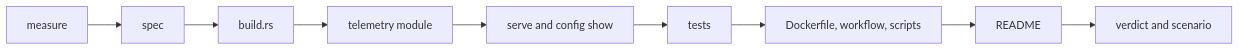
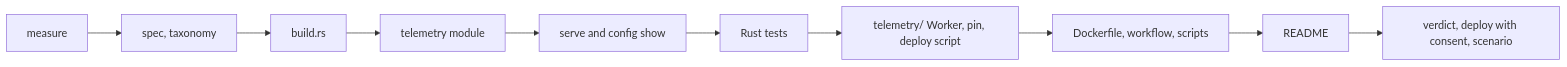
One commit to desek/agentloupe changed the fifth of 5 diagrams in docs/cr/CR-0026-start-telemetry.md. Above: the diagram before and after it, drawn with Mermaid. The commit also changed other lines of this file and 1 other file, not shown here.

Commit message:
docs(cr): add CR-0025 supply chain assurance with the release profile, proposed; CR-0026 amended to a GET with a Cloudflare Worker endpoint

````diff
--- a/docs/cr/CR-0026-start-telemetry.md
+++ b/docs/cr/CR-0026-start-telemetry.md
@@ -272,4 +347,4 @@
 ```mermaid
 flowchart LR
-  M["measure"] --> S["spec"] --> B["build.rs"] --> T["telemetry module"] --> W["serve and config show"] --> X["tests"] --> R["Dockerfile, workflow, scripts"] --> D["README"] --> V["verdict and scenario"]
+  M["measure"] --> S["spec, taxonomy"] --> B["build.rs"] --> T["telemetry module"] --> W["serve and config show"] --> X["Rust tests"] --> K["telemetry/ Worker, pin, deploy script"] --> R["Dockerfile, workflow, scripts"] --> D["README"] --> V["verdict, deploy with consent, scenario"]
 ```
````
